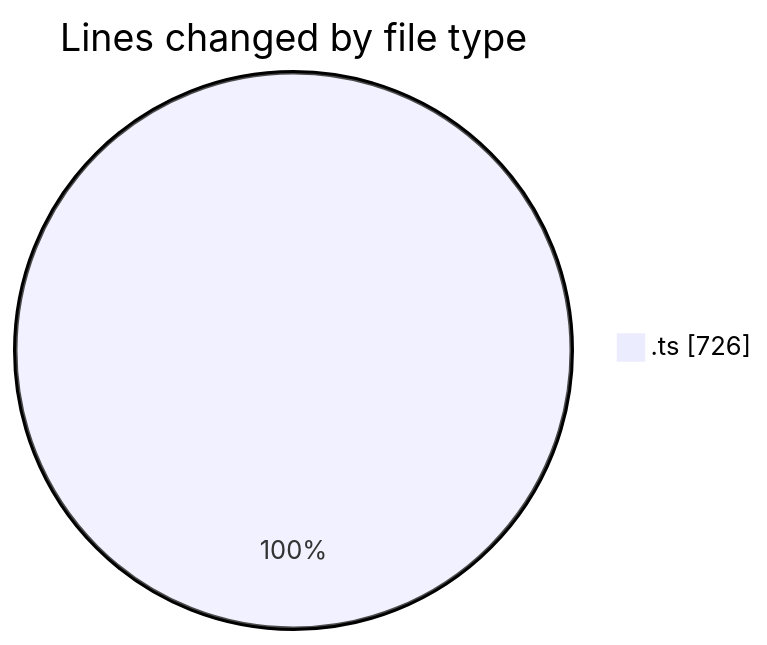
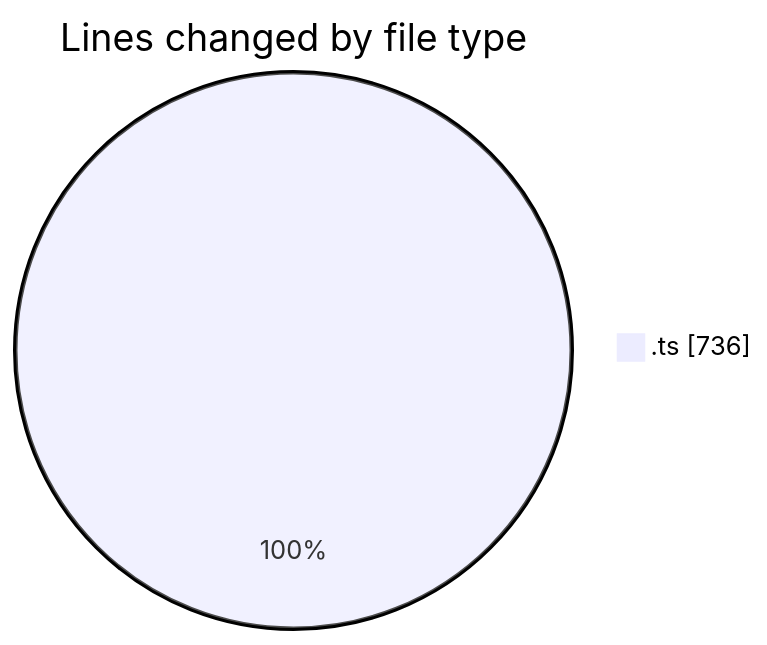
Before and after one commit to tmsrecording-cyber/code-tracking: the first of 2 diagrams in 2026-02-03/singularitybrainai/README.md, drawn with Mermaid. The commit also changed other lines of this file and 1 other file, not shown here.

````diff
--- a/2026-02-03/singularitybrainai/README.md
+++ b/2026-02-03/singularitybrainai/README.md
@@ -21,5 +21,5 @@
 ```mermaid
 pie showData
 title Lines changed by file type
-".ts" : 726
+".ts" : 736
 ```
````
